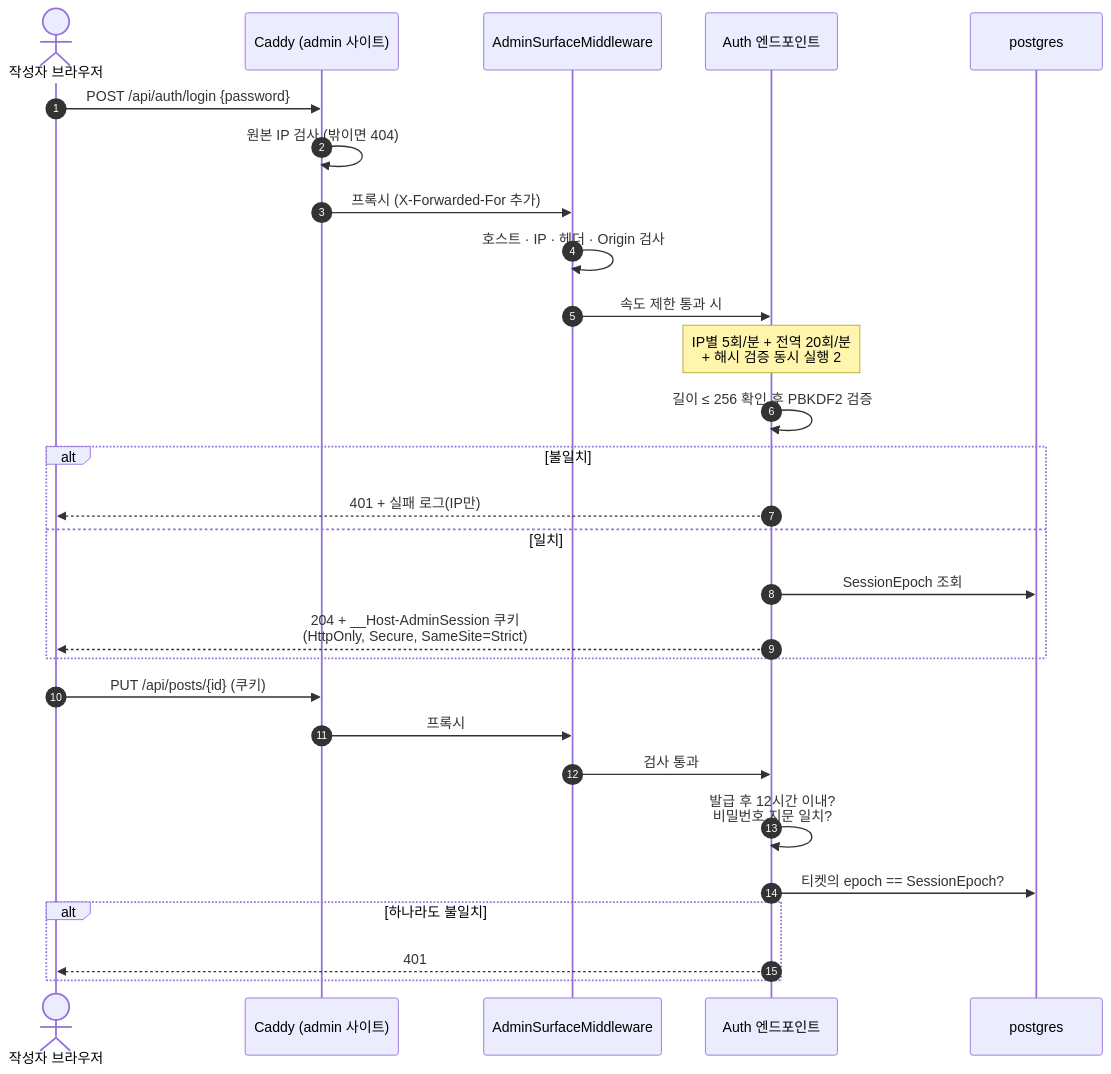
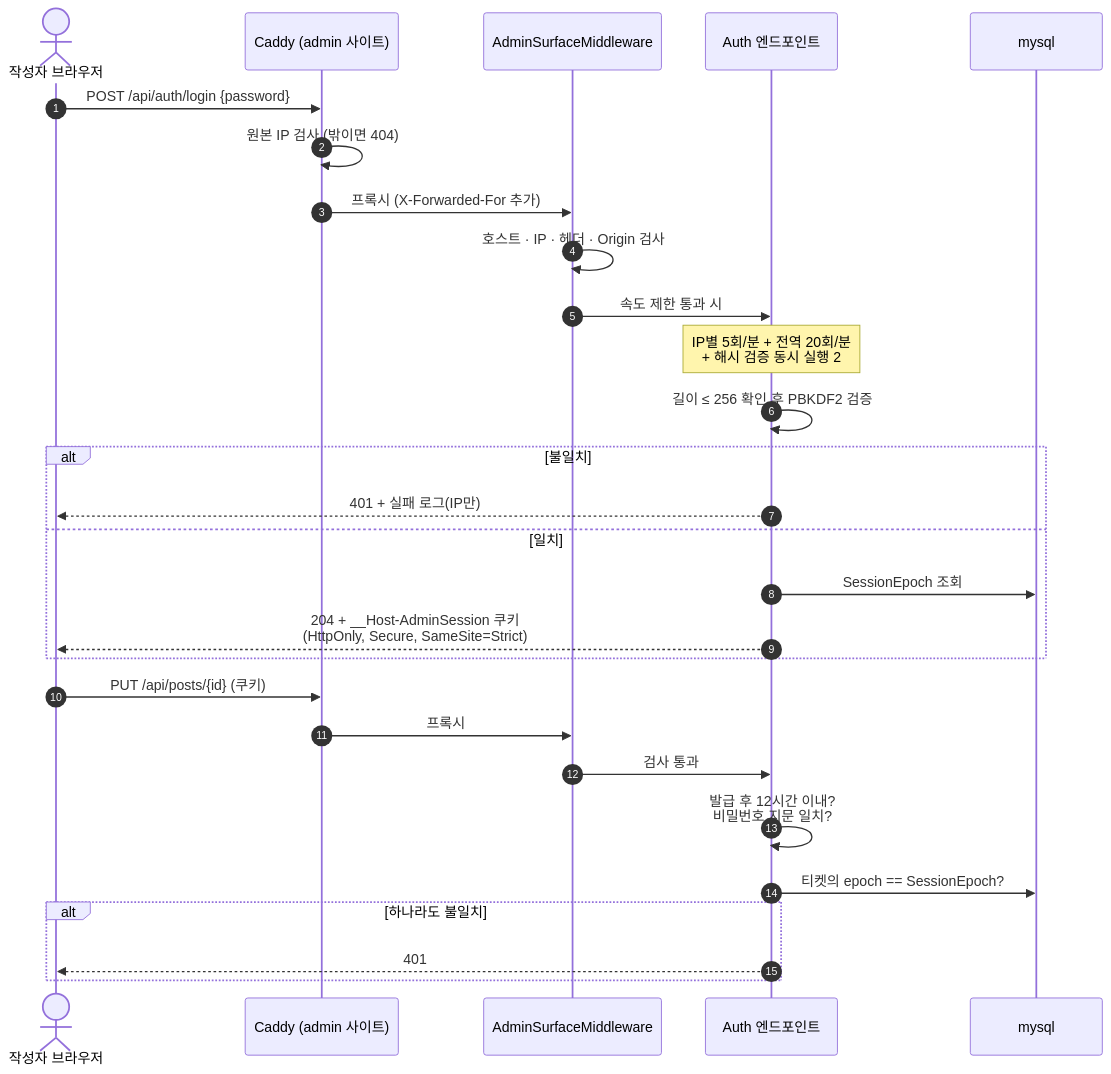
One commit to BerryBless/WebProject changed the third of 5 diagrams in docs/architecture.md. Above: the diagram before and after it, drawn with Mermaid. The commit also changed other lines of this file and 121 other files, not shown here.

````diff
--- a/docs/architecture.md
+++ b/docs/architecture.md
@@ -107,32 +107,32 @@
 ```mermaid
 sequenceDiagram
     autonumber
     actor W as 작성자 브라우저
     participant C as Caddy (admin 사이트)
     participant M as AdminSurfaceMiddleware
     participant A as Auth 엔드포인트
-    participant D as postgres
+    participant D as mysql
 
     W->>C: POST /api/auth/login {password}
     C->>C: 원본 IP 검사 (밖이면 404)
     C->>M: 프록시 (X-Forwarded-For 추가)
     M->>M: 호스트 · IP · 헤더 · Origin 검사
     M->>A: 속도 제한 통과 시
     Note over A: IP별 5회/분 + 전역 20회/분<br/>+ 해시 검증 동시 실행 2
     A->>A: 길이 ≤ 256 확인 후 PBKDF2 검증
     alt 불일치
         A-->>W: 401 + 실패 로그(IP만)
     else 일치
         A->>D: SessionEpoch 조회
         A-->>W: 204 + __Host-AdminSession 쿠키<br/>(HttpOnly, Secure, SameSite=Strict)
     end
 
     W->>C: PUT /api/posts/{id} (쿠키)
     C->>M: 프록시
     M->>A: 검사 통과
     A->>A: 발급 후 12시간 이내?<br/>비밀번호 지문 일치?
     A->>D: 티켓의 epoch == SessionEpoch?
     alt 하나라도 불일치
         A-->>W: 401
     end
 ```
````
